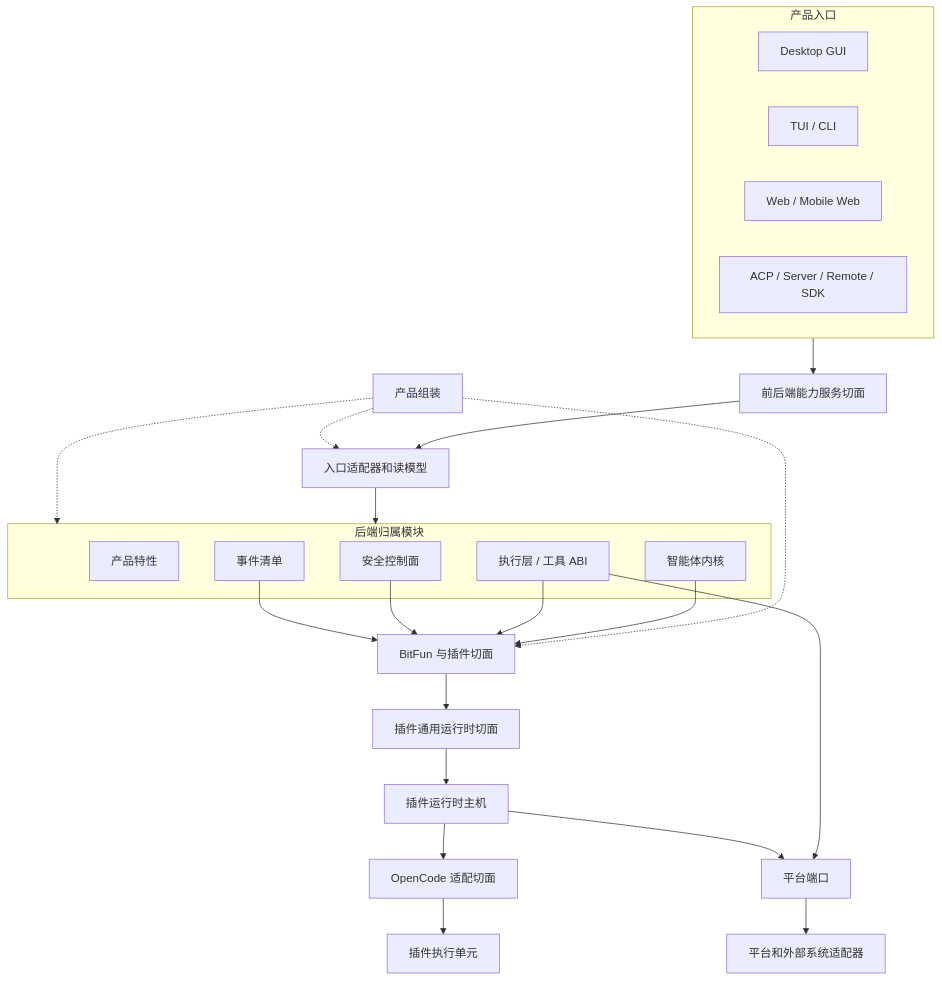
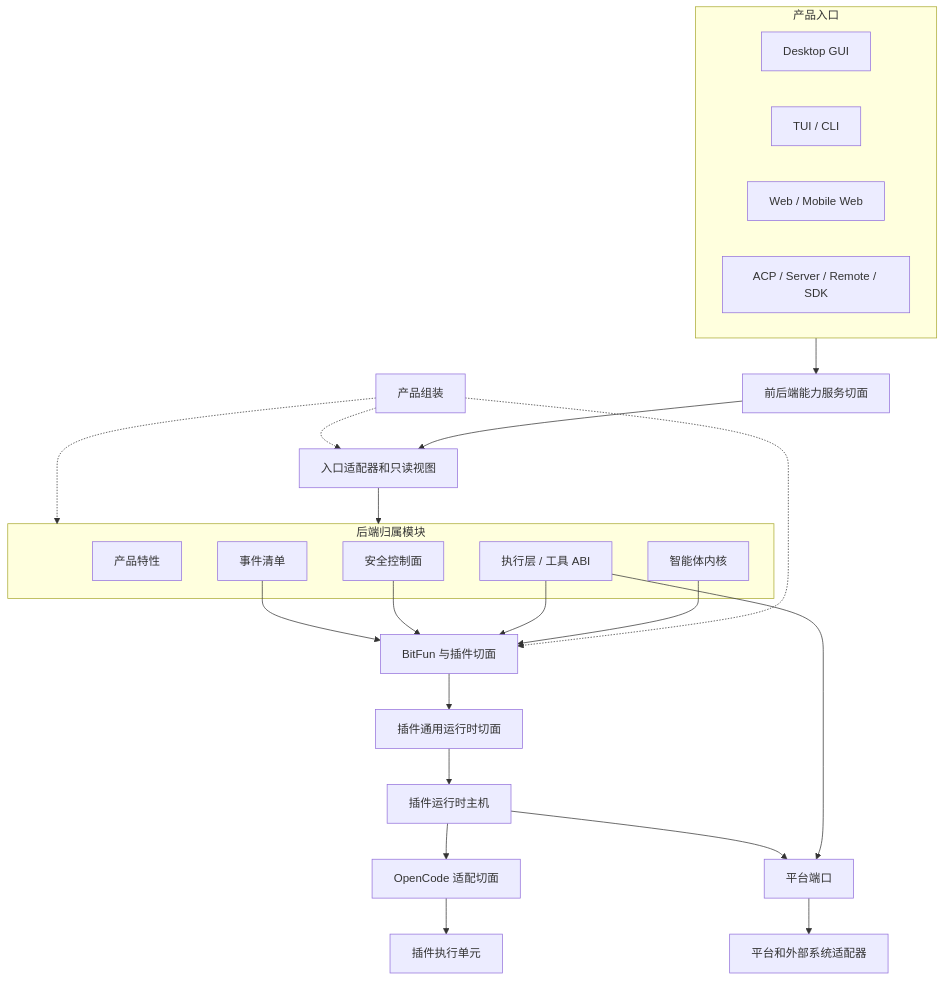
Before and after one commit to 1688mengdie/BitFun: the diagram in docs/architecture/product-architecture.md, drawn with Mermaid. The commit also changed other lines of this file and 12 other files, not shown here.

````diff
--- a/docs/architecture/product-architecture.md
+++ b/docs/architecture/product-architecture.md
@@ -70,47 +70,47 @@
 ```mermaid
 flowchart TB
   subgraph Entry["产品入口"]
     Desktop["Desktop GUI"]
     Cli["TUI / CLI"]
     Web["Web / Mobile Web"]
     Protocol["ACP / Server / Remote / SDK"]
   end
 
   CapabilitySurface["前后端能力服务切面"]
-  Projection["入口适配器和读模型"]
+  Projection["入口适配器和只读视图"]
   Assembly["产品组装"]
 
   subgraph Owners["后端归属模块"]
     Feature["产品特性"]
     Kernel["智能体内核"]
     Execution["执行层 / 工具 ABI"]
     Security["安全控制面"]
     Events["事件清单"]
   end
 
   Extension["BitFun 与插件切面"]
   HostAbi["插件通用运行时切面"]
   PluginHost["插件运行时主机"]
   OpenCodeAdapter["OpenCode 适配切面"]
   PluginUnit["插件执行单元"]
   PlatformPorts["平台端口"]
   PlatformAdapters["平台和外部系统适配器"]
 
   Entry --> CapabilitySurface
   CapabilitySurface --> Projection
   Projection --> Owners
   Assembly -.-> Projection
   Assembly -.-> Owners
   Assembly -.-> Extension
   Kernel --> Extension
   Execution --> Extension
   Security --> Extension
   Events --> Extension
   Extension --> HostAbi
   HostAbi --> PluginHost
   PluginHost --> OpenCodeAdapter
   OpenCodeAdapter --> PluginUnit
   Execution --> PlatformPorts
   PluginHost --> PlatformPorts
   PlatformPorts --> PlatformAdapters
 ```
````
